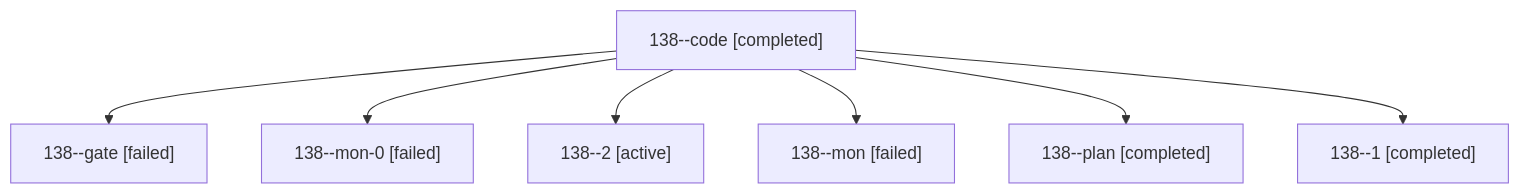
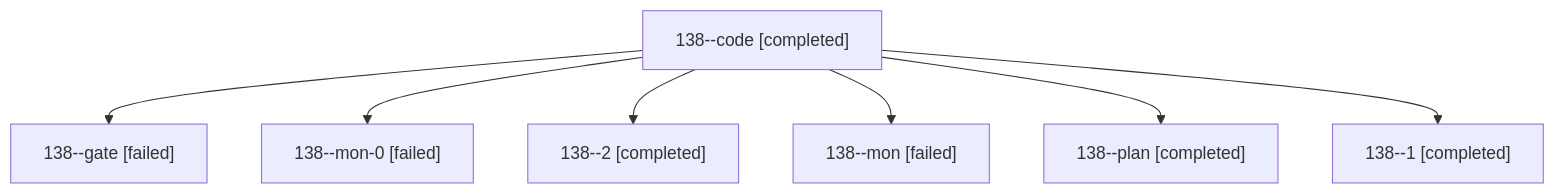
One commit to sase-org/sase--agents changed the diagram in sessions/bbugyi200.athena.138.md. Above: the diagram before and after it, drawn with Mermaid. The commit also changed other lines of this file and 44 other files, not shown here.

````diff
--- a/sessions/bbugyi200.athena.138.md
+++ b/sessions/bbugyi200.athena.138.md
@@ -9,16 +9,16 @@
 ```mermaid
 flowchart TD
   n0["138--code [completed]"]
   n1["138--gate [failed]"]
   n0 --> n1
   n2["138--mon-0 [failed]"]
   n0 --> n2
-  n3["138--2 [active]"]
+  n3["138--2 [completed]"]
   n0 --> n3
   n4["138--mon [failed]"]
   n0 --> n4
   n5["138--plan [completed]"]
   n0 --> n5
   n6["138--1 [completed]"]
   n0 --> n6
 ```
````
